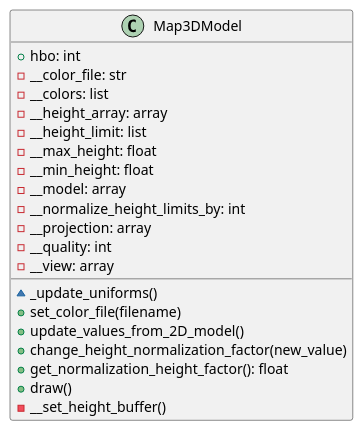
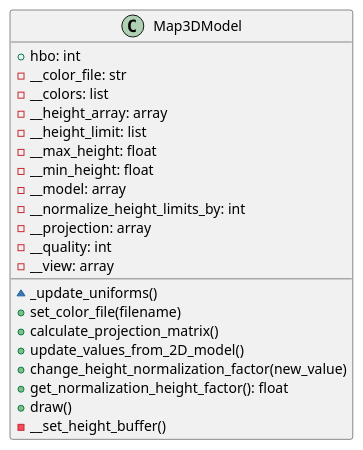
The diagram in docs/classes/Map3DModel.puml (ferpoble2/Relief_Creator), drawn with PlantUML before and after one commit. The commit also changed 3 other files, not shown here.

Commit message:
Updated scene to recalculate projection matrix of models when resizing screen

```diff
--- a/docs/classes/Map3DModel.puml
+++ b/docs/classes/Map3DModel.puml
@@ -1,25 +1,26 @@
 @startuml
 class Map3DModel {
     + hbo: int
     - __color_file: str
     - __colors: list
     - __height_array: array
     - __height_limit: list
     - __max_height: float
     - __min_height: float
     - __model: array
     - __normalize_height_limits_by: int
     - __projection: array
     - __quality: int
     - __view: array
 
     ~ _update_uniforms()
     + set_color_file(filename)
+    + calculate_projection_matrix()
     + update_values_from_2D_model()
     + change_height_normalization_factor(new_value)
     + get_normalization_height_factor(): float
     + draw()
     - __set_height_buffer()
 
 }
 @enduml
```
